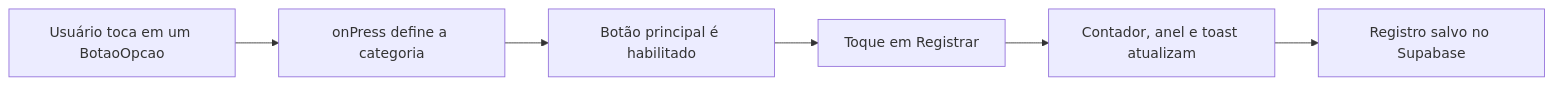
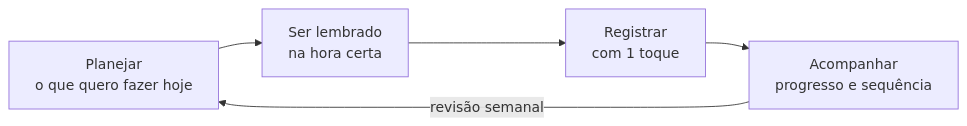
Before and after one commit to roseniltonlopes/blueprint-app: the diagram in README.md, drawn with Mermaid. The commit also changed other lines of this file and 1 other file, not shown here.

Commit message:
docs: nova proposta do Blueprint (plano, lembretes, registro e acompanhamento) e especificação da Parte 1

````diff
--- a/README.md
+++ b/README.md
@@ -114,8 +14,7 @@
 ```mermaid
 flowchart LR
-    A["Usuário toca em um BotaoOpcao"] --> B["onPress define a categoria"]
-    B --> C["Botão principal é habilitado"]
-    C --> D["Toque em Registrar"]
-    D --> E["Contador, anel e toast atualizam"]
-    E --> F["Registro salvo no Supabase"]
+    A["Planejar<br/>o que quero fazer hoje"] --> B["Ser lembrado<br/>na hora certa"]
+    B --> C["Registrar<br/>com 1 toque"]
+    C --> D["Acompanhar<br/>progresso e sequência"]
+    D -->|"revisão semanal"| A
 ```
````
